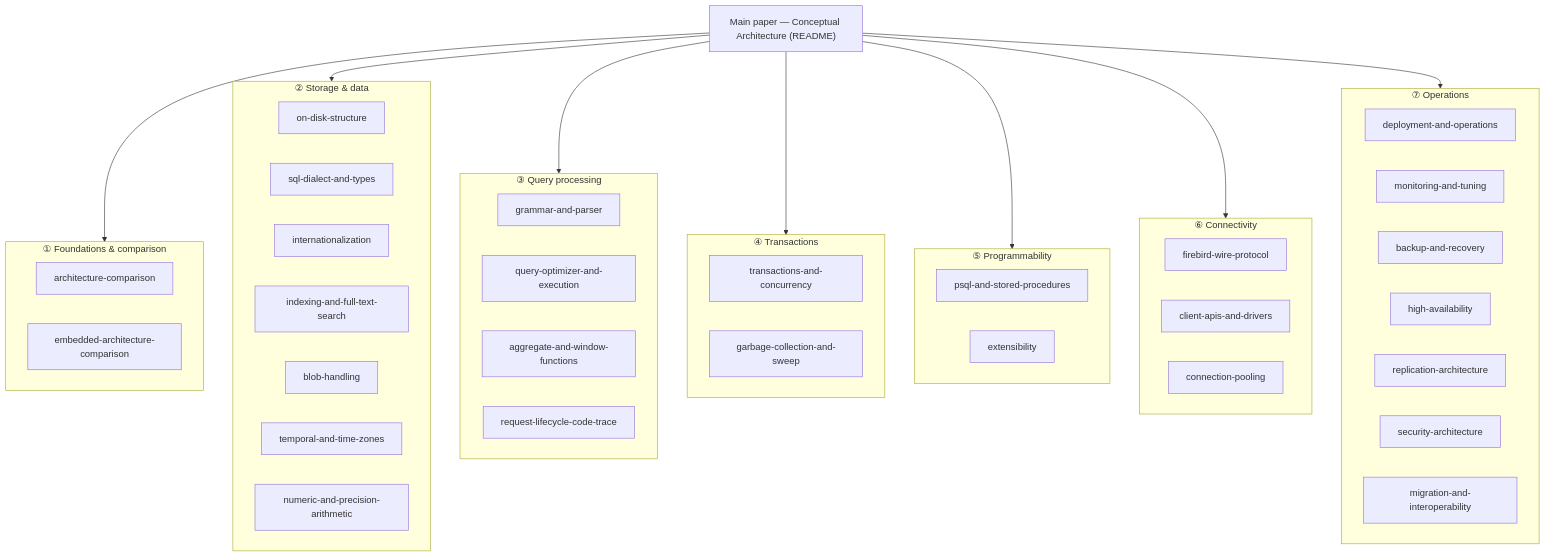
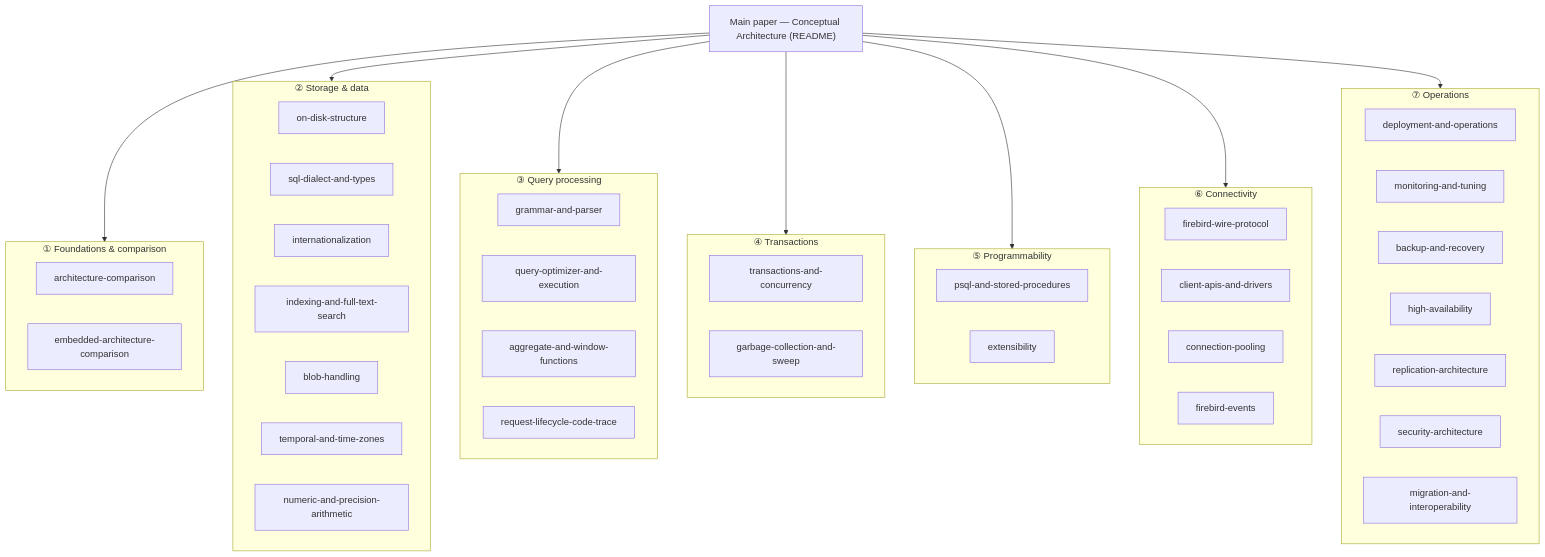
The diagram in READING-GUIDE.md (mariuz/conceptual-architecture-for-firebird-paper), drawn with Mermaid before and after one commit. The commit also changed other lines of this file and 5 other files, not shown here.

````diff
--- a/READING-GUIDE.md
+++ b/READING-GUIDE.md
@@ -9,48 +9,49 @@
 ```mermaid
 flowchart TB
     PAPER["Main paper — Conceptual Architecture (README)"]
 
     PAPER --> T1 & T2 & T3 & T4 & T5 & T6 & T7
 
     subgraph T1["① Foundations & comparison"]
         A1["architecture-comparison"]
         A2["embedded-architecture-comparison"]
     end
     subgraph T2["② Storage & data"]
         B1["on-disk-structure"]
         B2["sql-dialect-and-types"]
         B3["internationalization"]
         B4["indexing-and-full-text-search"]
         B5["blob-handling"]
         B6["temporal-and-time-zones"]
         B7["numeric-and-precision-arithmetic"]
     end
     subgraph T3["③ Query processing"]
         C1["grammar-and-parser"]
         C2["query-optimizer-and-execution"]
         C3["aggregate-and-window-functions"]
         C4["request-lifecycle-code-trace"]
     end
     subgraph T4["④ Transactions"]
         D1["transactions-and-concurrency"]
         D2["garbage-collection-and-sweep"]
     end
     subgraph T5["⑤ Programmability"]
         E1["psql-and-stored-procedures"]
         E2["extensibility"]
     end
     subgraph T6["⑥ Connectivity"]
         F1["firebird-wire-protocol"]
         F2["client-apis-and-drivers"]
         F3["connection-pooling"]
+        F4["firebird-events"]
     end
     subgraph T7["⑦ Operations"]
         G1["deployment-and-operations"]
         G2["monitoring-and-tuning"]
         G3["backup-and-recovery"]
         G4["high-availability"]
         G5["replication-architecture"]
         G6["security-architecture"]
         G7["migration-and-interoperability"]
     end
 ```
````
